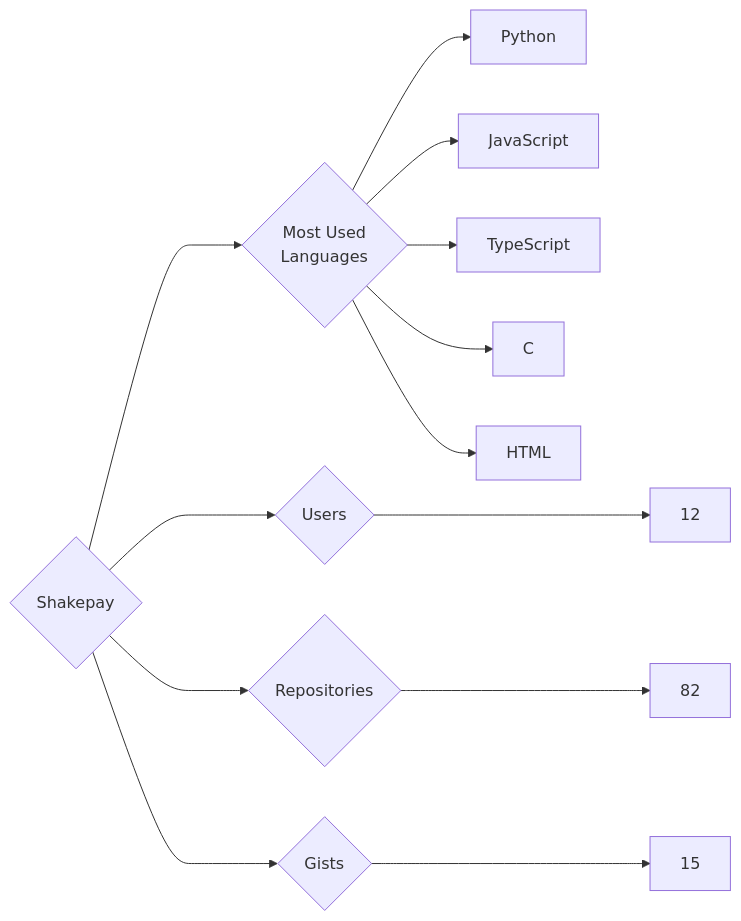
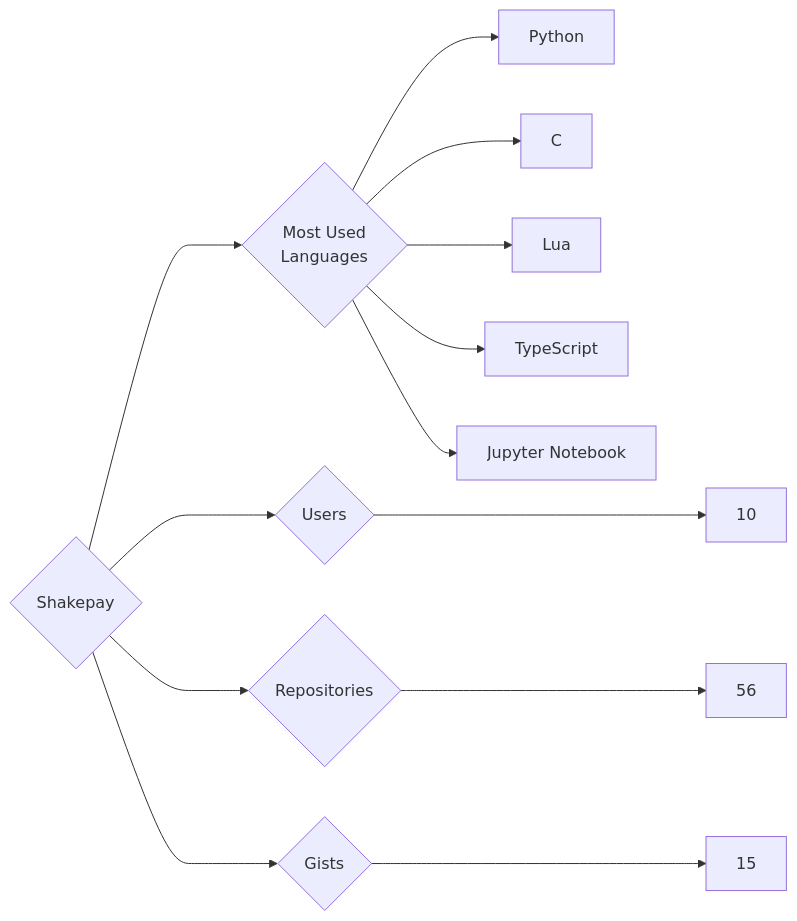
One commit to trickest/insiders changed the diagram in targets/Shakepay/README.md. Above: the diagram before and after it, drawn with Mermaid. The commit also changed 1248 other files, not shown here.

````diff
--- a/targets/Shakepay/README.md
+++ b/targets/Shakepay/README.md
@@ -3,13 +3,13 @@
 ```mermaid
 graph LR
 COMPANY_NAME{Shakepay}
-COMPANY_NAME ---> U{Users} ---> UN[12]
-COMPANY_NAME ---> R{Repositories} ---> RN[82]
+COMPANY_NAME ---> U{Users} ---> UN[10]
+COMPANY_NAME ---> R{Repositories} ---> RN[56]
 COMPANY_NAME ---> G{Gists} ---> GN[15]
 COMPANY_NAME ---> ML{Most Used<br>Languages}
 ML --> Python[Python]
-ML --> JavaScript[JavaScript]
+ML --> C[C]
+ML --> Lua[Lua]
 ML --> TypeScript[TypeScript]
-ML --> C[C]
-ML --> HTML[HTML]
+ML --> Jupyter_Notebook[Jupyter Notebook]
 ```
````
